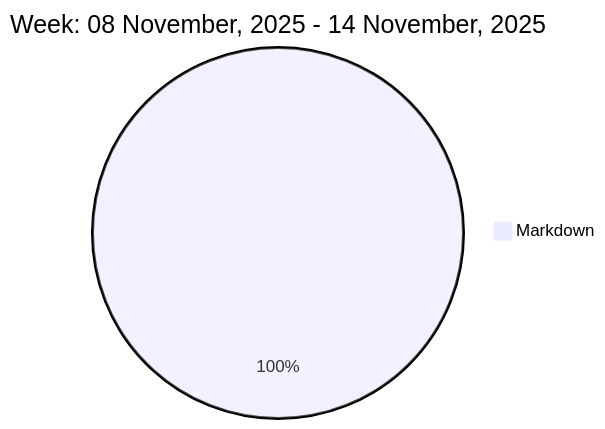
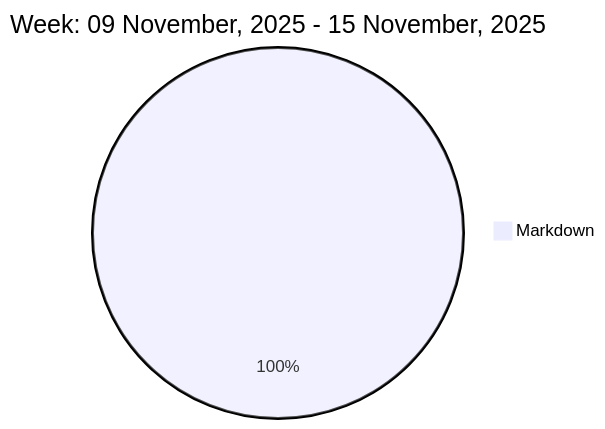
The diagram in README.md (liubin95/liubin95), drawn with Mermaid before and after one commit.

Commit message:
Updated the Graph with new Metrics

````diff
--- a/README.md
+++ b/README.md
@@ -37,5 +37,5 @@
 ```mermaid
  pie
-title Week: 08 November, 2025 - 14 November, 2025
- "Markdown" : 2.05
+title Week: 09 November, 2025 - 15 November, 2025
+ "Markdown" : 1.88
 ```
````
